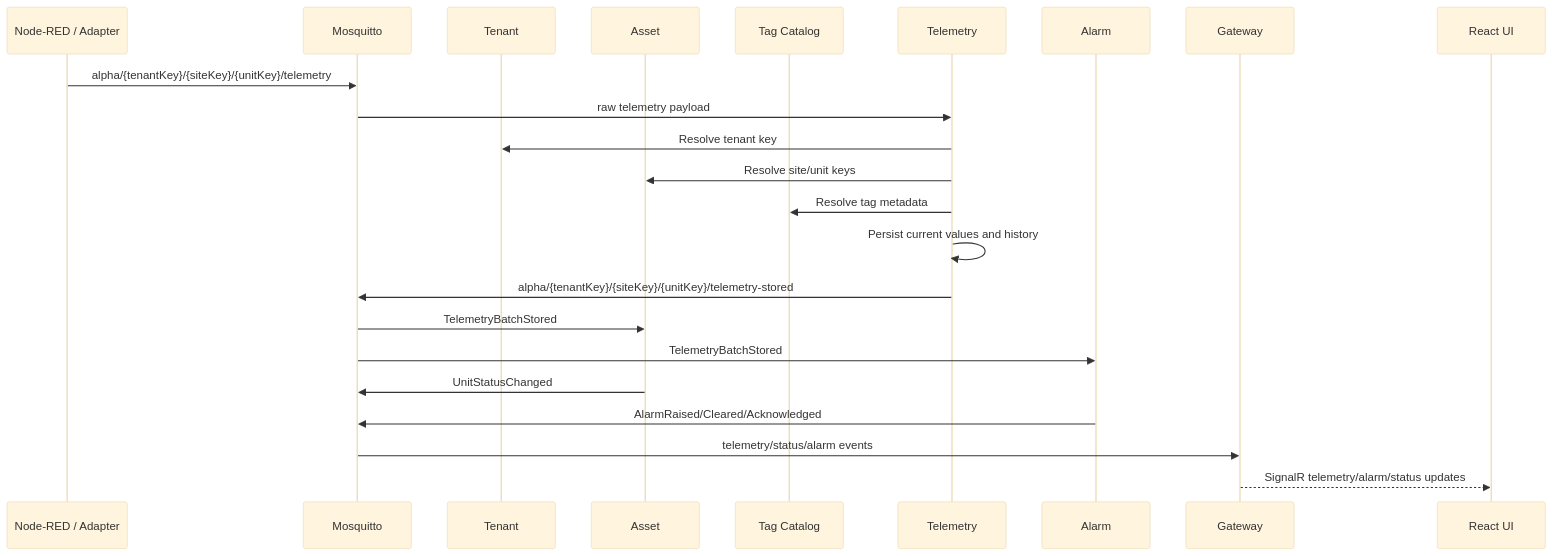
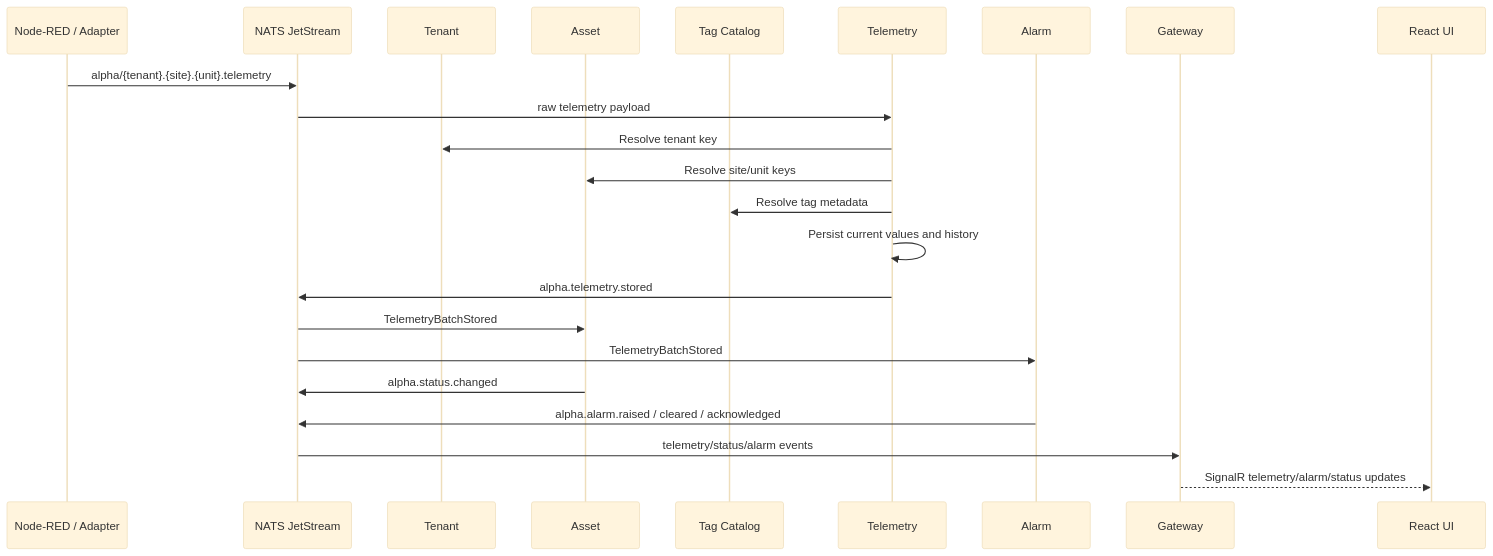
One commit to dhalavach/alpha-scada changed the third of 4 diagrams in docs/system-overview.md. Above: the diagram before and after it, drawn with Mermaid (base theme). The commit also changed other lines of this file and 75 other files, not shown here.

````diff
--- a/docs/system-overview.md
+++ b/docs/system-overview.md
@@ -156,26 +156,26 @@
 ```mermaid
 sequenceDiagram
     participant NR as Node-RED / Adapter
-    participant MQTT as Mosquitto
+    participant NATS as NATS JetStream
     participant Tenant as Tenant
     participant Asset as Asset
     participant Tags as Tag Catalog
     participant Telemetry as Telemetry
     participant Alarm as Alarm
     participant GW as Gateway
     participant UI as React UI
 
-    NR->>MQTT: alpha/{tenantKey}/{siteKey}/{unitKey}/telemetry
-    MQTT->>Telemetry: raw telemetry payload
+    NR->>NATS: alpha/{tenant}.{site}.{unit}.telemetry
+    NATS->>Telemetry: raw telemetry payload
     Telemetry->>Tenant: Resolve tenant key
     Telemetry->>Asset: Resolve site/unit keys
     Telemetry->>Tags: Resolve tag metadata
     Telemetry->>Telemetry: Persist current values and history
-    Telemetry->>MQTT: alpha/{tenantKey}/{siteKey}/{unitKey}/telemetry-stored
-    MQTT->>Asset: TelemetryBatchStored
-    MQTT->>Alarm: TelemetryBatchStored
-    Asset->>MQTT: UnitStatusChanged
-    Alarm->>MQTT: AlarmRaised/Cleared/Acknowledged
-    MQTT->>GW: telemetry/status/alarm events
+    Telemetry->>NATS: alpha.telemetry.stored
+    NATS->>Asset: TelemetryBatchStored
+    NATS->>Alarm: TelemetryBatchStored
+    Asset->>NATS: alpha.status.changed
+    Alarm->>NATS: alpha.alarm.raised / cleared / acknowledged
+    NATS->>GW: telemetry/status/alarm events
     GW-->>UI: SignalR telemetry/alarm/status updates
 ```
````
